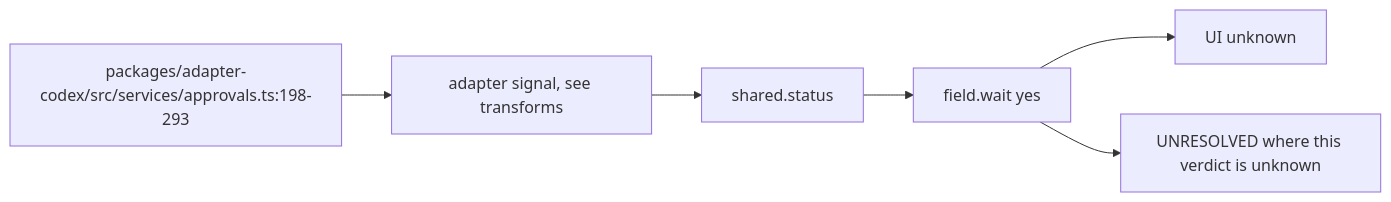
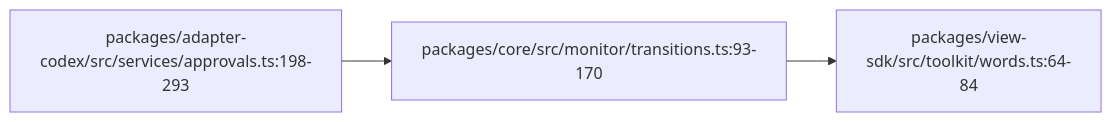
One commit to vibefield/puppeteer changed the diagram in audit/godview/evidence/codex/wait.mmd. Above: the diagram before and after it, drawn with Mermaid. The commit also changed 1255 other files, not shown here.

```diff
--- a/audit/godview/evidence/codex/wait.mmd
+++ b/audit/godview/evidence/codex/wait.mmd
@@ -1,13 +1,9 @@
-%% graph_ref: shared.status
-%% adapter: codex
-%% field: field.wait
-%% forensic: source-read at 748d015; not a live sample
+%% graph_ref: path.status
+%% shared_map: 07e71c9bcb9532fc181e3f667f2d0ed2e7c9afaf
+%% forensic: source-read 748d015a7e393112e0a91dad80111fdf5abe6583; not a live sample
 flowchart LR
-  src["packages/adapter-codex/src/services/approvals.ts:198-293"]
-  raw["adapter signal, see transforms"]
-  shared["shared.status"]
-  row["field.wait yes"]
-  ui["UI unknown"]
-  src --> raw --> shared --> row --> ui
-  open["UNRESOLVED where this verdict is unknown"]
-  row --> open
+  n0["packages/adapter-codex/src/services/approvals.ts:198-293"]
+  n1["packages/core/src/monitor/transitions.ts:93-170"]
+  n0 --> n1
+  n2["packages/view-sdk/src/toolkit/words.ts:64-84"]
+  n1 --> n2
```
